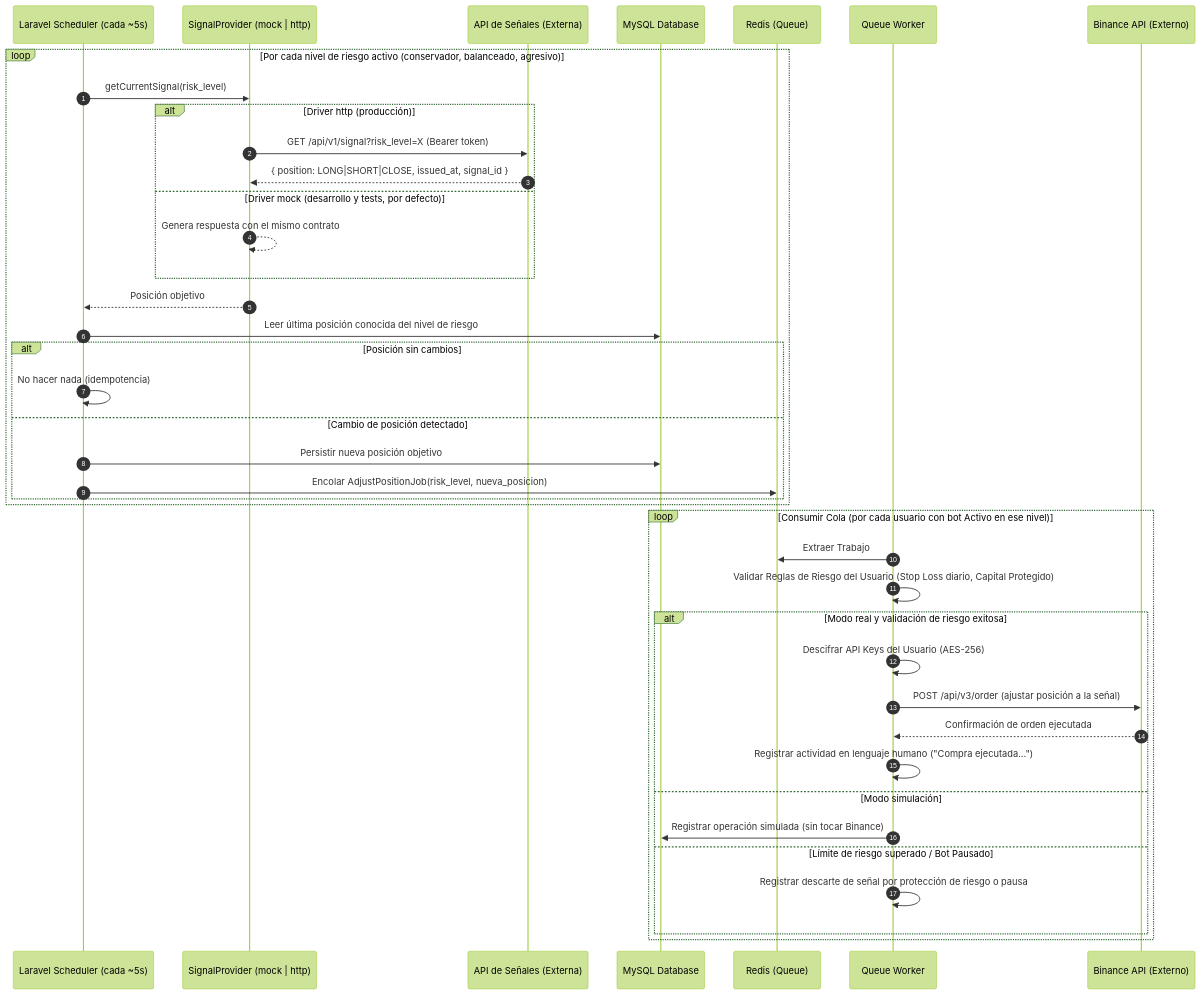
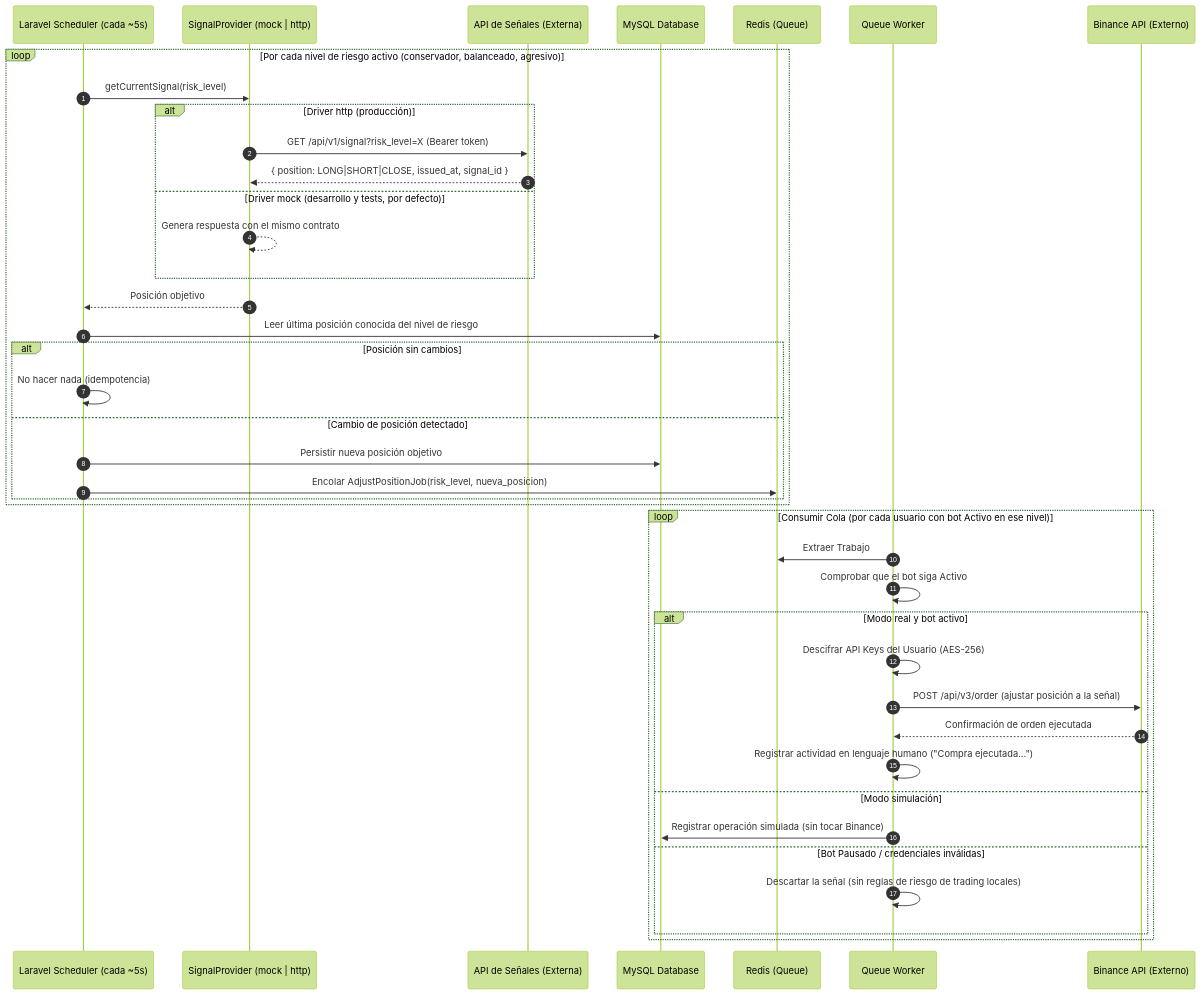
The third of 6 diagrams in docs/architecture.md (iranvibo/inversion-optimizada), drawn with Mermaid (forest theme) before and after one commit. The commit also changed 9 other files, not shown here.

````diff
--- a/docs/architecture.md
+++ b/docs/architecture.md
@@ -116,44 +116,44 @@
 ```mermaid
 sequenceDiagram
     autonumber
     participant Scheduler as Laravel Scheduler (cada ~5s)
     participant Provider as SignalProvider (mock | http)
     participant API as API de Señales (Externa)
     participant DB as MySQL Database
     participant Redis as Redis (Queue)
     participant Worker as Queue Worker
     participant Binance as Binance API (Externo)
 
     loop Por cada nivel de riesgo activo (conservador, balanceado, agresivo)
         Scheduler->>Provider: getCurrentSignal(risk_level)
         alt Driver http (producción)
             Provider->>API: GET /api/v1/signal?risk_level=X (Bearer token)
             API-->>Provider: { position: LONG|SHORT|CLOSE, issued_at, signal_id }
         else Driver mock (desarrollo y tests, por defecto)
             Provider-->>Provider: Genera respuesta con el mismo contrato
         end
         Provider-->>Scheduler: Posición objetivo
         Scheduler->>DB: Leer última posición conocida del nivel de riesgo
         alt Posición sin cambios
             Scheduler->>Scheduler: No hacer nada (idempotencia)
         else Cambio de posición detectado
             Scheduler->>DB: Persistir nueva posición objetivo
             Scheduler->>Redis: Encolar AdjustPositionJob(risk_level, nueva_posicion)
         end
     end
 
     loop Consumir Cola (por cada usuario con bot Activo en ese nivel)
         Worker->>Redis: Extraer Trabajo
-        Worker->>Worker: Validar Reglas de Riesgo del Usuario (Stop Loss diario, Capital Protegido)
-        alt Modo real y validación de riesgo exitosa
+        Worker->>Worker: Comprobar que el bot siga Activo
+        alt Modo real y bot activo
             Worker->>Worker: Descifrar API Keys del Usuario (AES-256)
             Worker->>Binance: POST /api/v3/order (ajustar posición a la señal)
             Binance-->>Worker: Confirmación de orden ejecutada
             Worker->>Worker: Registrar actividad en lenguaje humano ("Compra ejecutada...")
         else Modo simulación
             Worker->>DB: Registrar operación simulada (sin tocar Binance)
-        else Límite de riesgo superado / Bot Pausado
-            Worker->>Worker: Registrar descarte de señal por protección de riesgo o pausa
+        else Bot Pausado / credenciales inválidas
+            Worker->>Worker: Descartar la señal (sin reglas de riesgo de trading locales)
         end
     end
 ```
````
